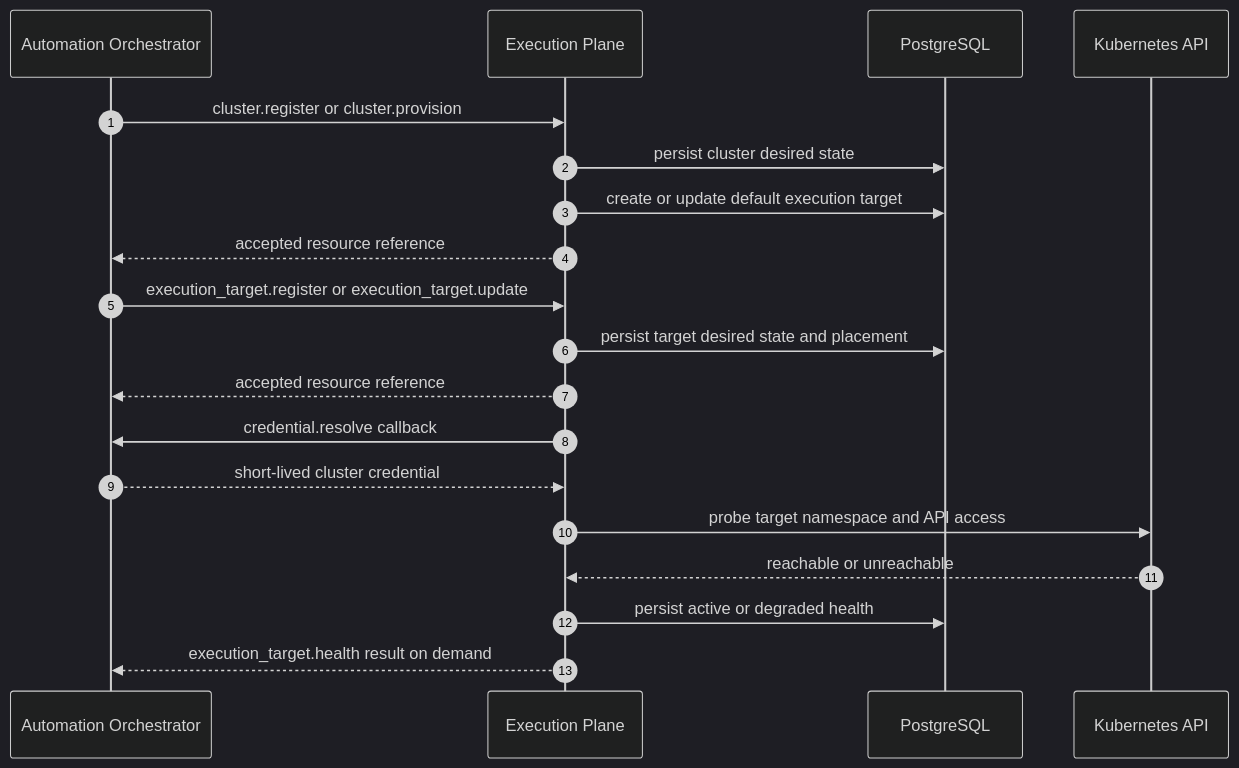
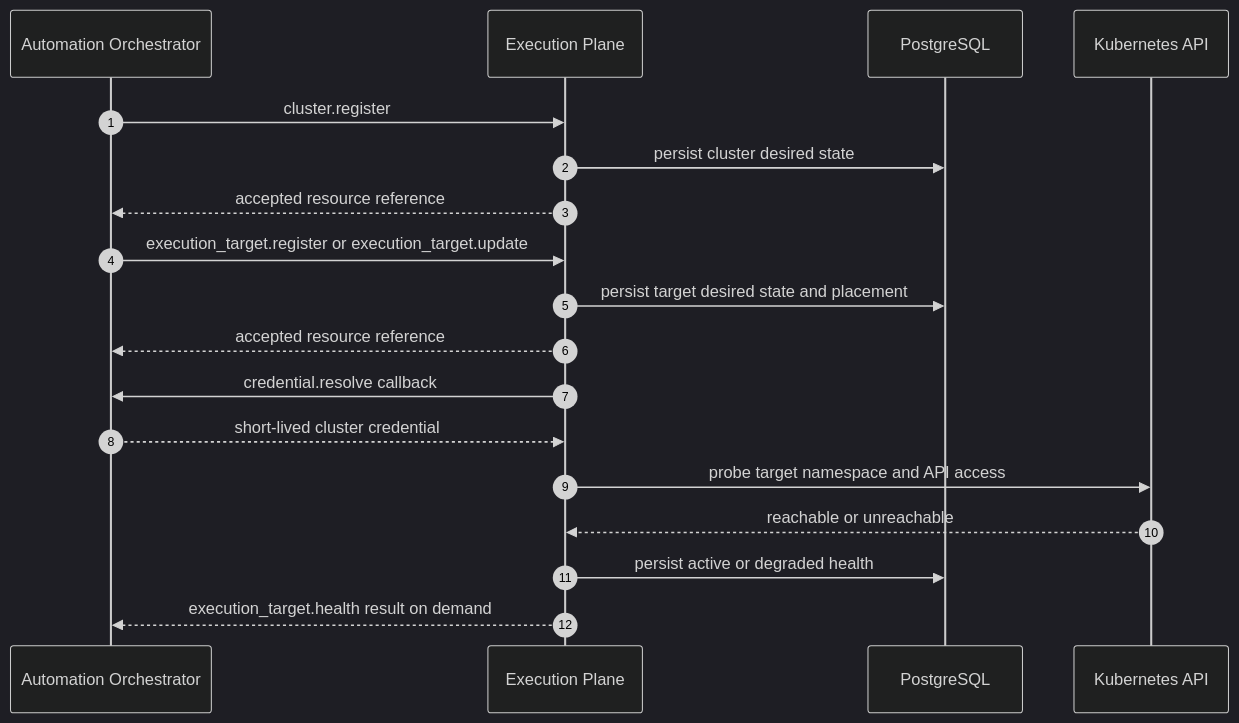
Before and after one commit to syntara-orchestration/syntara-execution-plane: the fifth of 10 diagrams in docs/architecture.md, drawn with Mermaid (dark theme). The commit also changed other lines of this file and 20 other files, not shown here.

````diff
--- a/docs/architecture.md
+++ b/docs/architecture.md
@@ -197,22 +197,21 @@
 ```mermaid
 sequenceDiagram
     autonumber
     participant AO as Automation Orchestrator
     participant EP as Execution Plane
     participant DB as PostgreSQL
     participant Kube as Kubernetes API
 
-    AO->>EP: cluster.register or cluster.provision
+    AO->>EP: cluster.register
     EP->>DB: persist cluster desired state
-    EP->>DB: create or update default execution target
     EP-->>AO: accepted resource reference
     AO->>EP: execution_target.register or execution_target.update
     EP->>DB: persist target desired state and placement
     EP-->>AO: accepted resource reference
     EP->>AO: credential.resolve callback
     AO-->>EP: short-lived cluster credential
     EP->>Kube: probe target namespace and API access
     Kube-->>EP: reachable or unreachable
     EP->>DB: persist active or degraded health
     EP-->>AO: execution_target.health result on demand
 ```
````
